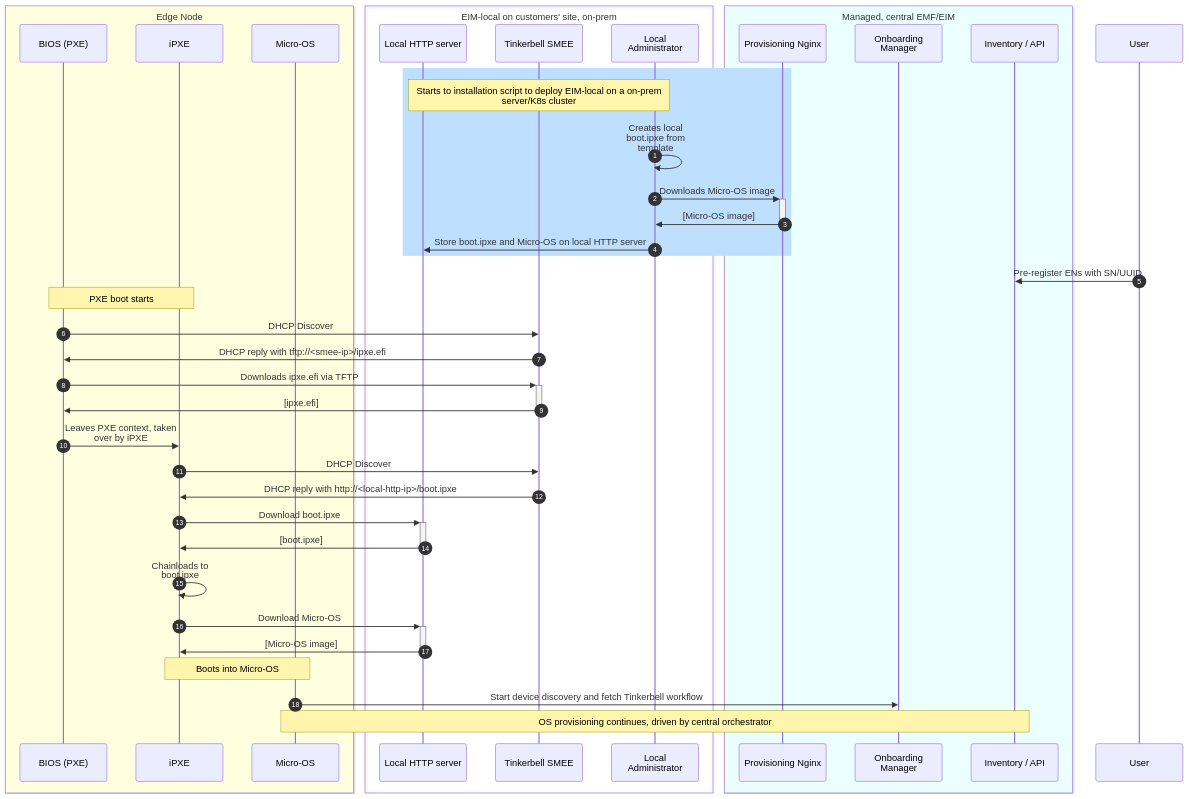
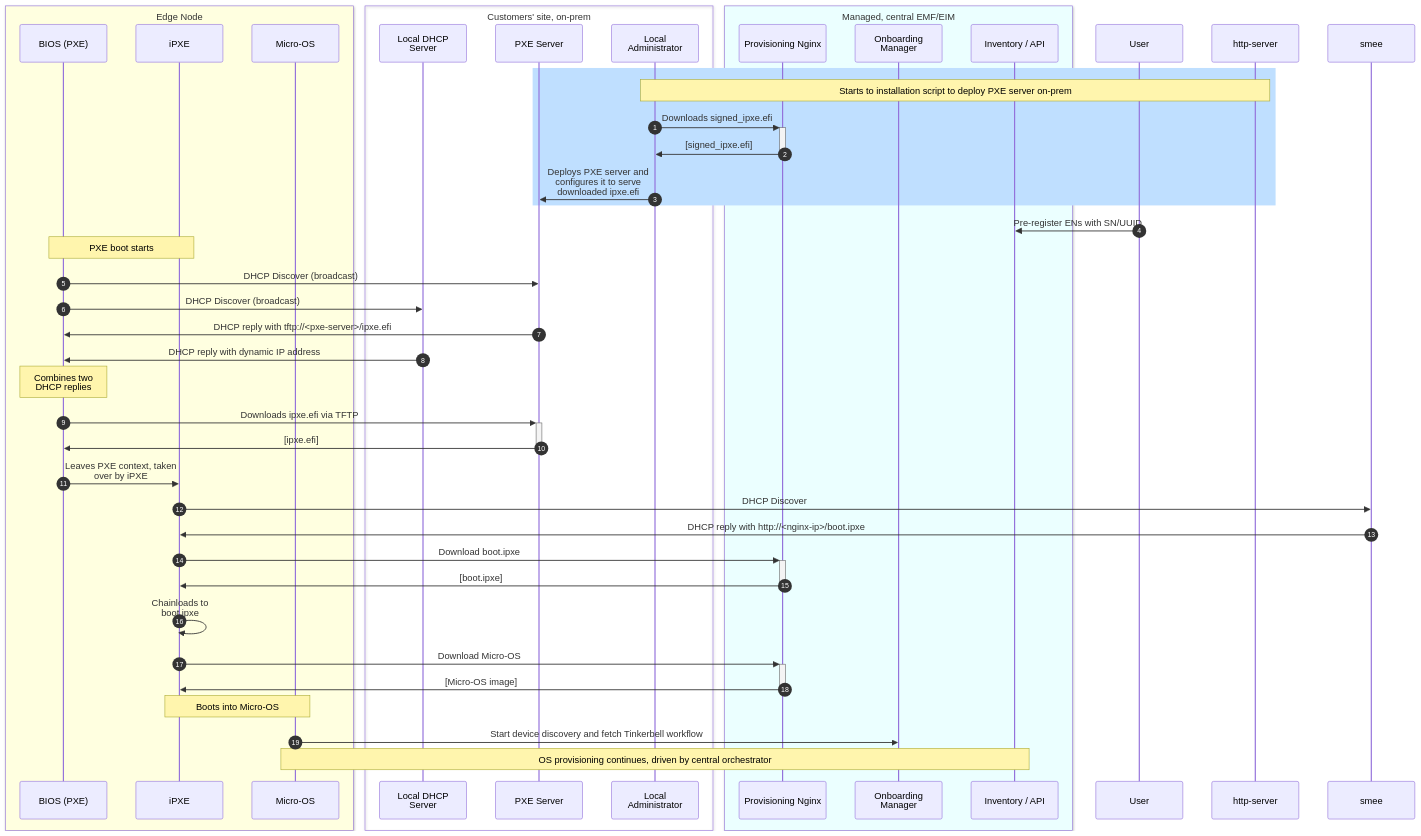
Before and after one commit to open-edge-platform/edge-manageability-framework: the diagram in design-proposals/eim-pxe-with-managed-emf.md, drawn with Mermaid. The commit also changed other lines of this file and 1 other file, not shown here.

Commit message:
use pxe server

````diff
--- a/design-proposals/eim-pxe-with-managed-emf.md
+++ b/design-proposals/eim-pxe-with-managed-emf.md
@@ -88,61 +42,64 @@
 ```mermaid
 sequenceDiagram
 %%{wrap}%%
 autonumber
 
   box LightYellow Edge Node
   participant bios as BIOS (PXE)
   participant ipxe as iPXE
   participant microos as Micro-OS
   end
 
-  box EIM-local on customers' site, on-prem
-  participant http-server as Local HTTP server
-  participant smee as Tinkerbell SMEE
+  box Customers' site, on-prem
+  participant dhcp as Local DHCP Server
+  participant pxe-server as PXE Server
   participant local-admin as Local Administrator
   end
 
   box rgb(235,255,255) Managed, central EMF/EIM
   participant pa as Provisioning Nginx
   participant om as Onboarding Manager
   participant inv as Inventory / API
   end
 
   participant user as User
 
   rect rgb(191, 223, 255)
-  note over http-server,local-admin: Starts to installation script to deploy EIM-local on a on-prem server/K8s cluster
-  local-admin->>local-admin: Creates local boot.ipxe from template
-  local-admin->>+pa: Downloads Micro-OS image
-  pa->>-local-admin: [Micro-OS image]
-  local-admin->>http-server: Store boot.ipxe and Micro-OS on local HTTP server
+  note over http-server,local-admin: Starts to installation script to deploy PXE server on-prem
+  local-admin->>+pa: Downloads signed_ipxe.efi
+  pa->>-local-admin: [signed_ipxe.efi]
+  local-admin->>pxe-server: Deploys PXE server and configures it to serve downloaded ipxe.efi
   end
 
   user->>inv: Pre-register ENs with SN/UUID
   note over bios,ipxe: PXE boot starts
 
-  bios->>smee: DHCP Discover
-  smee->>bios: DHCP reply with tftp://<smee-ip>/ipxe.efi
+  bios->>pxe-server: DHCP Discover (broadcast)
+  bios->>dhcp: DHCP Discover (broadcast)
+  pxe-server->>bios: DHCP reply with tftp://<pxe-server>/ipxe.efi
+  dhcp->>bios: DHCP reply with dynamic IP address
 
-  bios->>+smee: Downloads ipxe.efi via TFTP
-  smee->>-bios: [ipxe.efi]
+  note over bios: Combines two DHCP replies
+
+  bios->>+pxe-server: Downloads ipxe.efi via TFTP
+  pxe-server->>-bios: [ipxe.efi]
 
   bios->>ipxe: Leaves PXE context, taken over by iPXE
 
   ipxe->>smee: DHCP Discover
-  smee->>ipxe: DHCP reply with http://<local-http-ip>/boot.ipxe
-
-  ipxe->>+http-server: Download boot.ipxe
-  http-server->>-ipxe: [boot.ipxe]
-
+  smee->>ipxe: DHCP reply with http://<nginx-ip>/boot.ipxe
+  
+  ipxe->>+pa: Download boot.ipxe
+  pa->>-ipxe: [boot.ipxe]
+  
   ipxe->>ipxe: Chainloads to boot.ipxe
 
-  ipxe->>+http-server: Download Micro-OS
-  http-server->>-ipxe: [Micro-OS image]
-
+  ipxe->>+pa: Download Micro-OS
+  pa->>-ipxe: [Micro-OS image]
+  
   note over ipxe,microos: Boots into Micro-OS
 
   microos->>om: Start device discovery and fetch Tinkerbell workflow
 
   note over microos,inv: OS provisioning continues, driven by central orchestrator
 ```
````
